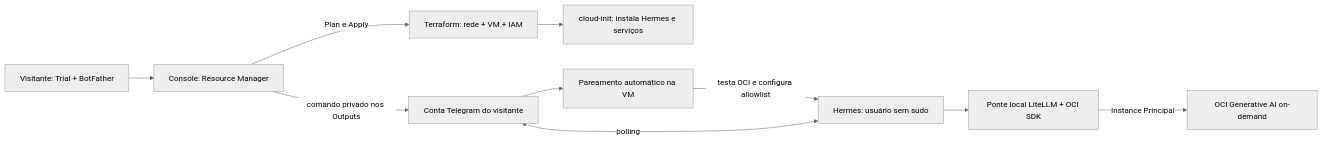
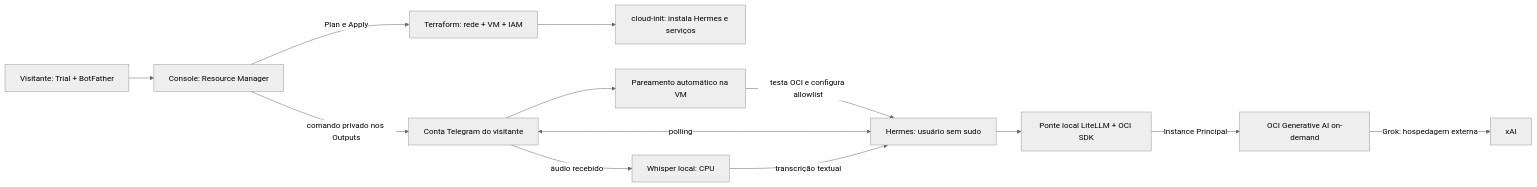
One commit to rafaelrdias/oci-hermes-workshop changed the diagram in stand/ARCHITECTURE.md. Above: the diagram before and after it, drawn with Mermaid (neutral theme). The commit also changed other lines of this file and 19 other files, not shown here.

Commit message:
feat: add OCI Grok 4.6 and local incoming audio with text-only replies

````diff
--- a/stand/ARCHITECTURE.md
+++ b/stand/ARCHITECTURE.md
@@ -3,12 +3,15 @@
 ```mermaid
 flowchart LR
   P[Visitante: Trial + BotFather] --> R[Console: Resource Manager]
   R -->|Plan e Apply| T[Terraform: rede + VM + IAM]
   T --> C[cloud-init: instala Hermes e serviços]
   R -->|comando privado nos Outputs| U[Conta Telegram do visitante]
   U --> A[Pareamento automático na VM]
   A -->|testa OCI e configura allowlist| H[Hermes: usuário sem sudo]
   U <-->|polling| H
   H --> B[Ponte local LiteLLM + OCI SDK]
   B -->|Instance Principal| G[OCI Generative AI on-demand]
+  G -->|Grok: hospedagem externa| X[xAI]
+  U -->|áudio recebido| S[Whisper local: CPU]
+  S -->|transcrição textual| H
 ```
````
